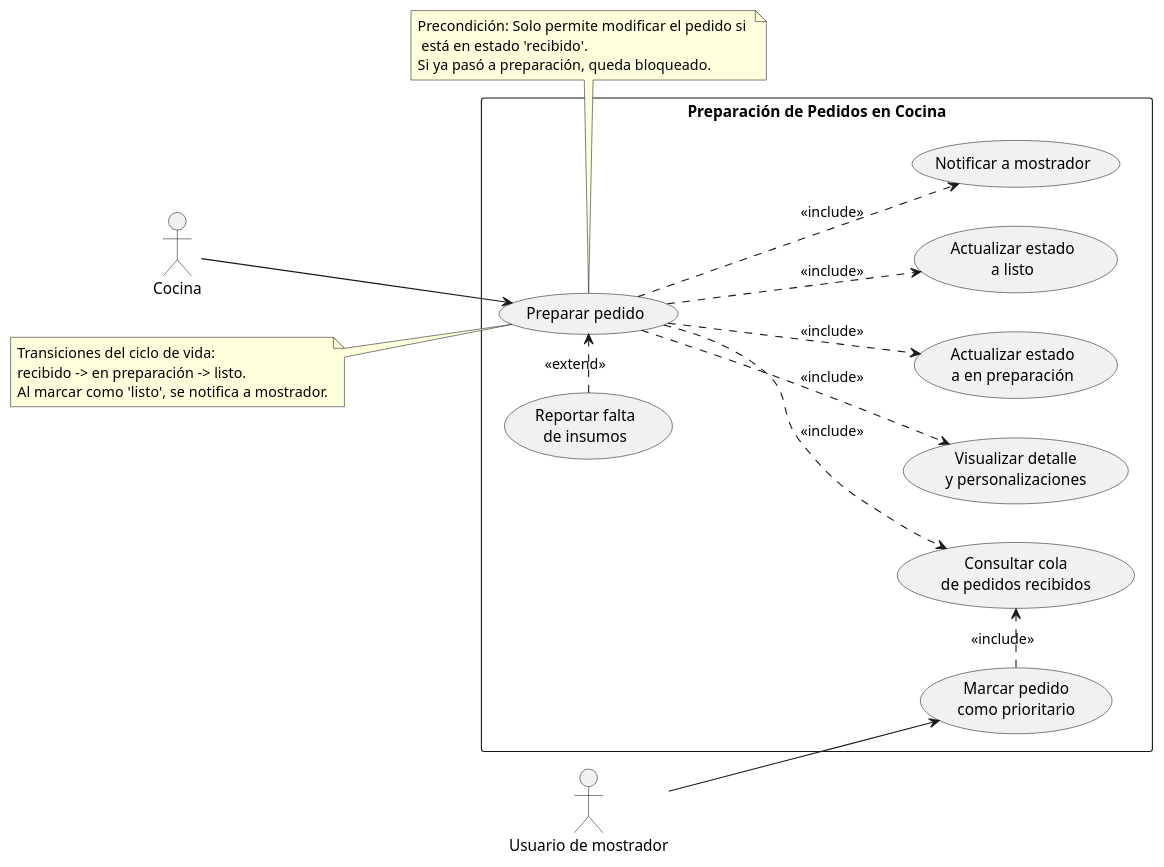
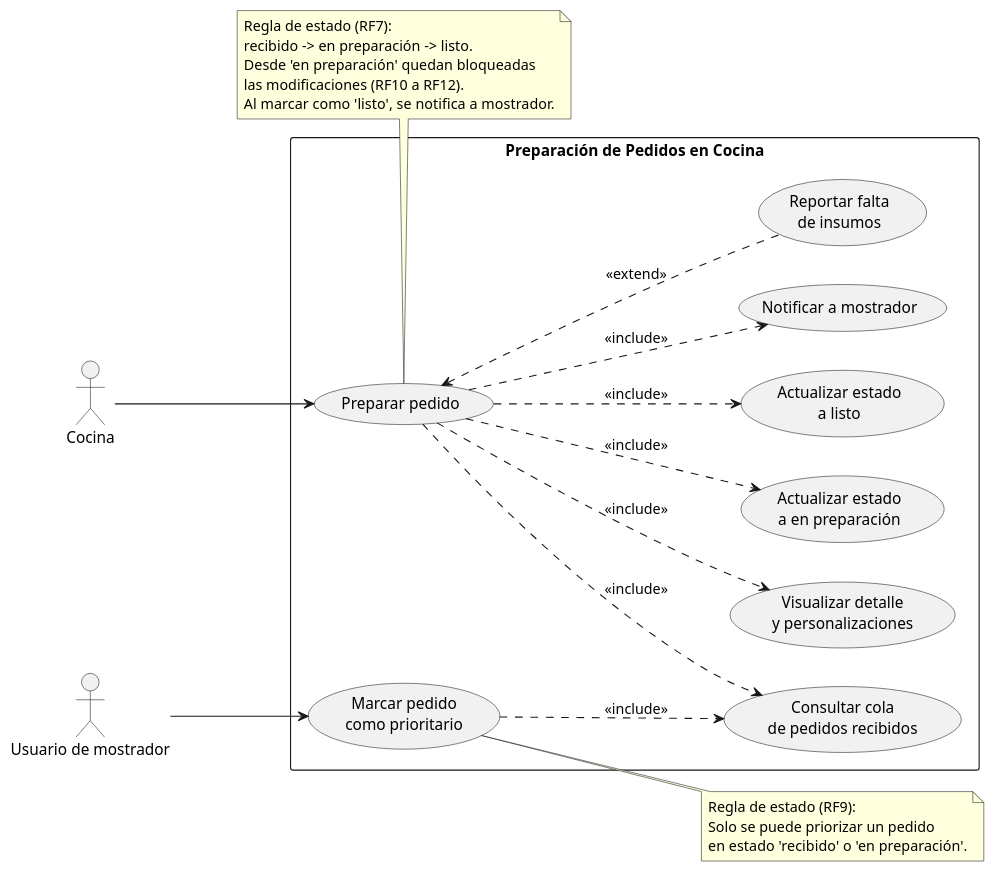
Before and after one commit to cmariano93-netizen/SistemaPedidos: the diagram in diagramas/02-casos-de-uso/02-preparar-pedido.puml, drawn with PlantUML. The commit also changed 14 other files, not shown here.

First line of the commit message:
fix: alinear reglas de estado en diagramas de casos de uso (RC5)

```diff
--- a/diagramas/02-casos-de-uso/02-preparar-pedido.puml
+++ b/diagramas/02-casos-de-uso/02-preparar-pedido.puml
@@ -1,41 +1,46 @@
 @startuml
 left to right direction
+skinparam packageStyle rectangle
+skinparam shadowing false
 
 actor "Cocina" as Cocina
 actor "Usuario de mostrador" as Mostrador
 
 rectangle "Preparación de Pedidos en Cocina" {
   usecase "Preparar pedido" as UC_Preparar
   usecase "Consultar cola\nde pedidos recibidos" as UC_Cola
   usecase "Visualizar detalle\ny personalizaciones" as UC_Detalle
   usecase "Actualizar estado\na en preparación" as UC_EnPrep
   usecase "Actualizar estado\na listo" as UC_Listo
   usecase "Notificar a mostrador" as UC_NotificarMostrador
   usecase "Marcar pedido\ncomo prioritario" as UC_Priorizar
   usecase "Reportar falta\nde insumos" as UC_FaltaInsumos
 }
 
+Mostrador --> UC_Priorizar
 Cocina --> UC_Preparar
-Mostrador --> UC_Priorizar
 
-UC_Preparar -d.> UC_Cola : <<include>>
-UC_Preparar -d.> UC_Detalle : <<include>>
-UC_Preparar -d.> UC_EnPrep : <<include>>
-UC_Preparar -d.> UC_Listo : <<include>>
-UC_Preparar -d.> UC_NotificarMostrador : <<include>>
+UC_Priorizar ..> UC_Cola : <<include>>
 
-UC_Priorizar .> UC_Cola : <<include>>
-UC_FaltaInsumos .> UC_Preparar : <<extend>>
+UC_Preparar ..> UC_Cola : <<include>>
+UC_Preparar ..> UC_Detalle : <<include>>
+UC_Preparar ..> UC_EnPrep : <<include>>
+UC_Preparar ..> UC_Listo : <<include>>
+UC_Preparar ..> UC_NotificarMostrador : <<include>>
 
-note left of UC_Preparar
-  Transiciones del ciclo de vida:
+UC_Preparar <.. UC_FaltaInsumos : <<extend>>
+
+note bottom of UC_Preparar
+  Regla de estado (RF7):
   recibido -> en preparación -> listo.
+  Desde 'en preparación' quedan bloqueadas
+  las modificaciones (RF10 a RF12).
   Al marcar como 'listo', se notifica a mostrador.
 end note
 
-note top of UC_Preparar
-Precondición: Solo permite modificar el pedido si 
- está en estado 'recibido'.
-Si ya pasó a preparación, queda bloqueado.
+note right of UC_Priorizar
+  Regla de estado (RF9):
+  Solo se puede priorizar un pedido
+  en estado 'recibido' o 'en preparación'.
 end note
 @enduml
```
